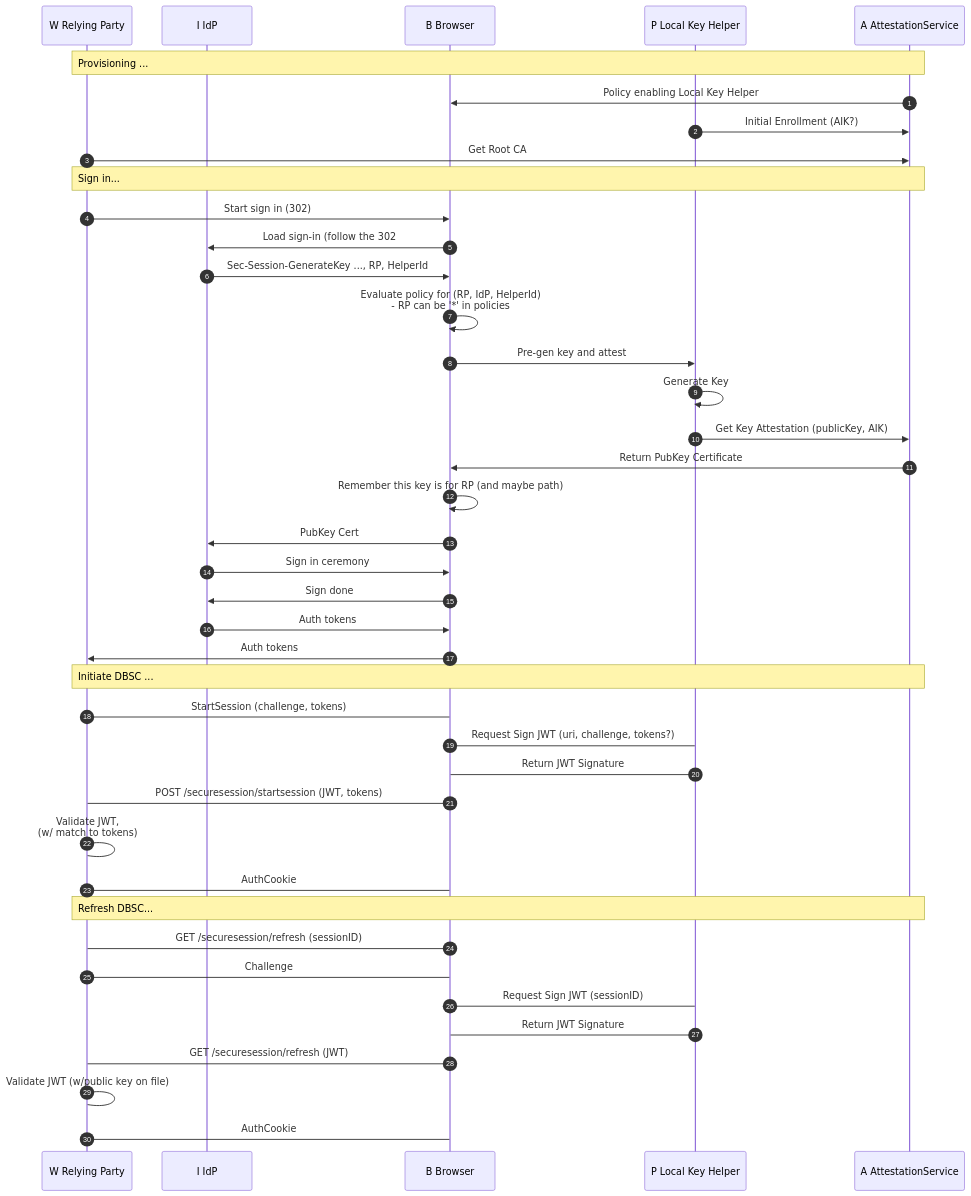
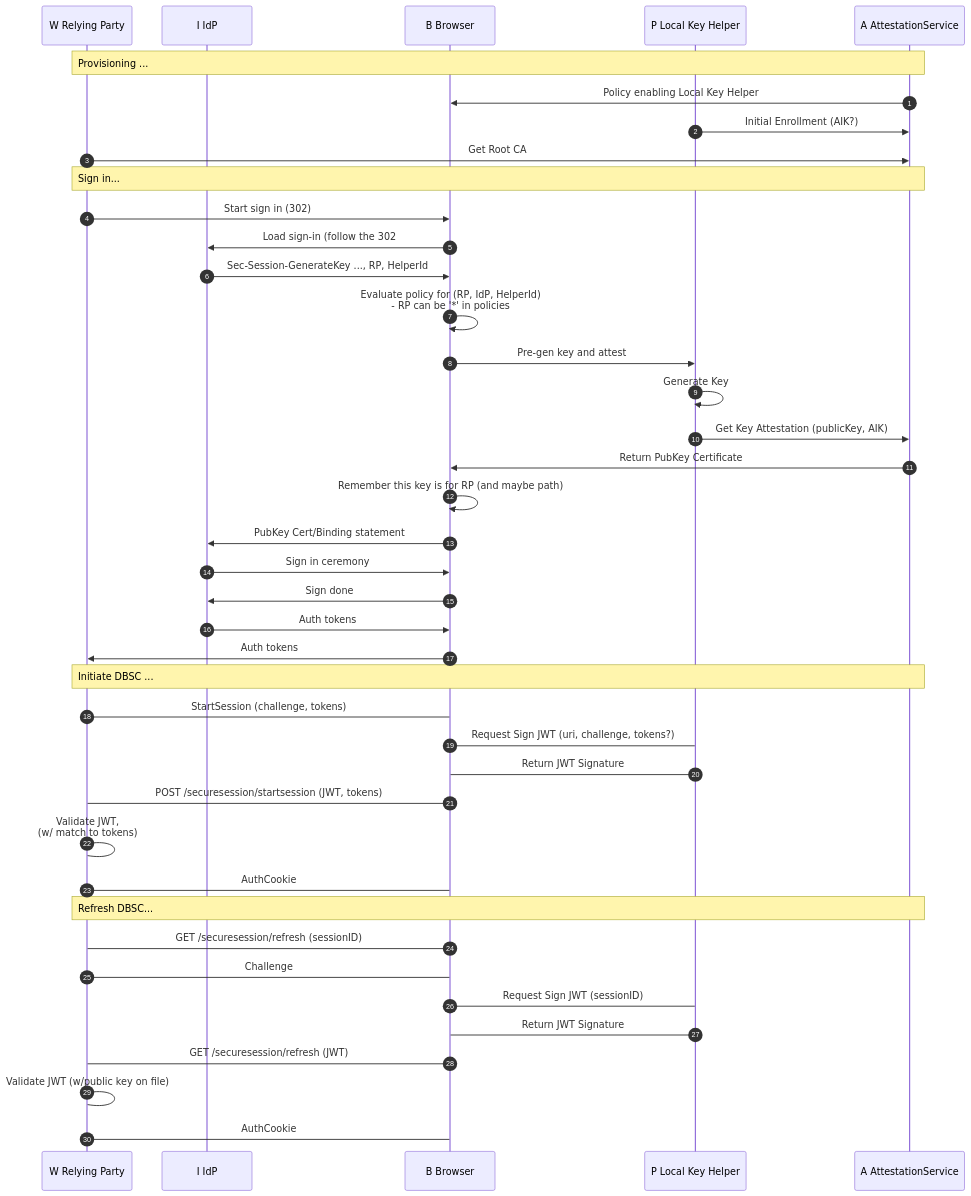
The diagram in README.md (alextok/dbsc-discussions), drawn with Mermaid before and after one commit. The commit also changed other lines of this file, not shown here.

`````````diff
--- a/README.md
+++ b/README.md
@@ -5,52 +1,51 @@
 ```mermaid
 sequenceDiagram
 %%{ init: { 'sequence': { 'noteAlign': 'left'} } }%%
-autonumber
+autonumber 1
 participant W as W Relying Party
 participant I as I IdP
 participant B as B Browser
 participant P as P Local Key Helper
 participant A as A AttestationService
  
 Note over W, A: Provisioning ...
 A->>B: Policy enabling Local Key Helper
 P->>A: Initial Enrollment (AIK?)
 W->>A: Get Root CA
 Note over W, A: Sign in...
 W->>B: Start sign in (302)
 B->>I: Load sign-in (follow the 302
  
- 
 I->>B: Sec-Session-GenerateKey ..., RP, HelperId
 B->>B: Evaluate policy for (RP, IdP, HelperId)<br/> - RP can be '*' in policies
 B->>P: Pre-gen key and attest
  
 P->>P: Generate Key
  
 P->>A: Get Key Attestation (publicKey, AIK)
 A->>B: Return PubKey Certificate
 B->>B: Remember this key is for RP (and maybe path)
-B->>I: PubKey Cert
+B->>I: PubKey Cert/Binding statement
  
 I->>B: Sign in ceremony
 B->>I: Sign done
  
 I->>B: Auth tokens
 B->>W: Auth tokens
  
 Note over W, A: Initiate DBSC ...
 W->B: StartSession (challenge, tokens)
 B->P: Request Sign JWT (uri, challenge, tokens?)
 P->B: Return JWT Signature
 B->W: POST /securesession/startsession (JWT, tokens)
 W->W: Validate JWT, <br/>(w/ match to tokens)
 W->B: AuthCookie
 Note over W, A: Refresh DBSC...
 B->W: GET /securesession/refresh (sessionID)
 W->B: Challenge
 B->P: Request Sign JWT (sessionID)
 P->B: Return JWT Signature
 B->W: GET /securesession/refresh (JWT)
 W->W: Validate JWT (w/public key on file)
 W->B: AuthCookie
 ````````
`````````
